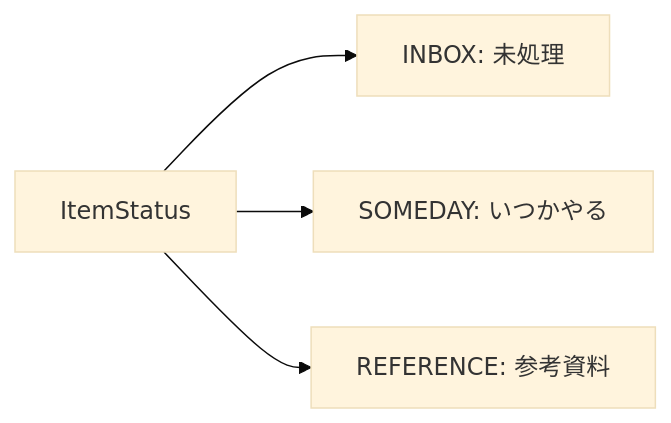
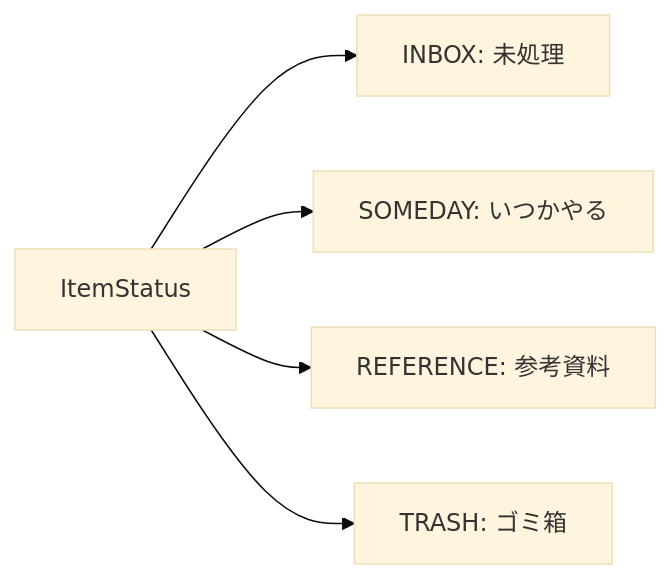
The third of 7 diagrams in docs/design/architecture.md (teppei19980914/Defrago), drawn with Mermaid (base theme) before and after one commit. The commit also changed other lines of this file and 5 other files, not shown here.

````diff
--- a/docs/design/architecture.md
+++ b/docs/design/architecture.md
@@ -186,6 +193,7 @@
 ```mermaid
 graph LR
     IS[ItemStatus] --> INBOX[INBOX: 未処理]
     IS --> SOMEDAY[SOMEDAY: いつかやる]
     IS --> REFERENCE[REFERENCE: 参考資料]
+    IS --> TRASH[TRASH: ゴミ箱]
 ```
````
